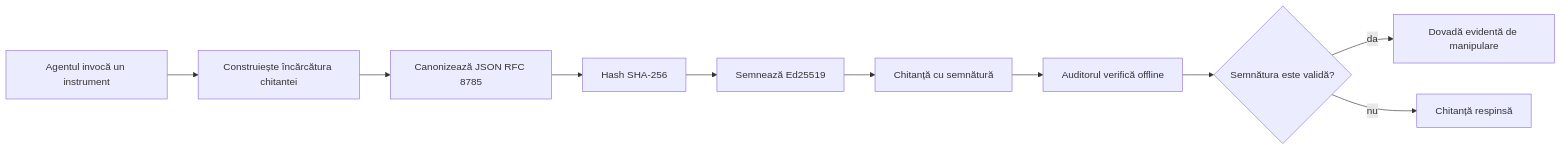
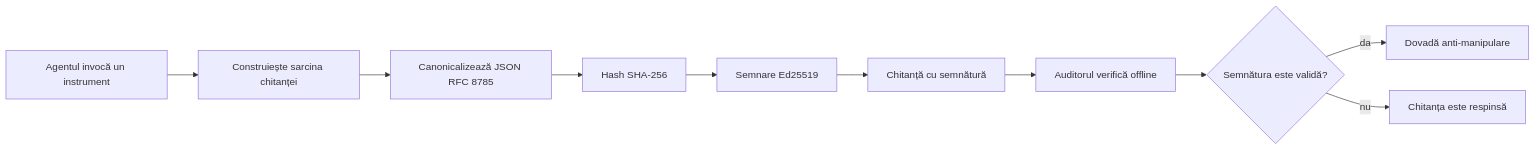
One commit to gabrielmoreira/agent-skills-mirror changed the first of 2 diagrams in mirrors/repos/microsoft@ai-agents-for-beginners/translations/ro/18-securing-ai-agents/README.md. Above: the diagram before and after it, drawn with Mermaid. The commit also changed other lines of this file and 2285 other files, not shown here.

````diff
--- a/mirrors/repos/microsoft@ai-agents-for-beginners/translations/ro/18-securing-ai-agents/README.md
+++ b/mirrors/repos/microsoft@ai-agents-for-beginners/translations/ro/18-securing-ai-agents/README.md
@@ -51,12 +51,12 @@
 ```mermaid
 flowchart LR
-    A[Agentul invocă un instrument] --> B[Construiește încărcătura chitantei]
-    B --> C[Canonizează JSON RFC 8785]
+    A[Agentul invocă un instrument] --> B[Construiește sarcina chitanței]
+    B --> C[Canonicalizează JSON RFC 8785]
     C --> D[Hash SHA-256]
-    D --> E[Semnează Ed25519]
+    D --> E[Semnare Ed25519]
     E --> F[Chitanță cu semnătură]
     F --> G[Auditorul verifică offline]
     G --> H{Semnătura este validă?}
-    H -- da --> I[Dovadă evidentă de manipulare]
-    H -- nu --> J[Chitanță respinsă]
+    H -- da --> I[Dovadă anti-manipulare]
+    H -- nu --> J[Chitanța este respinsă]
 ```
````
